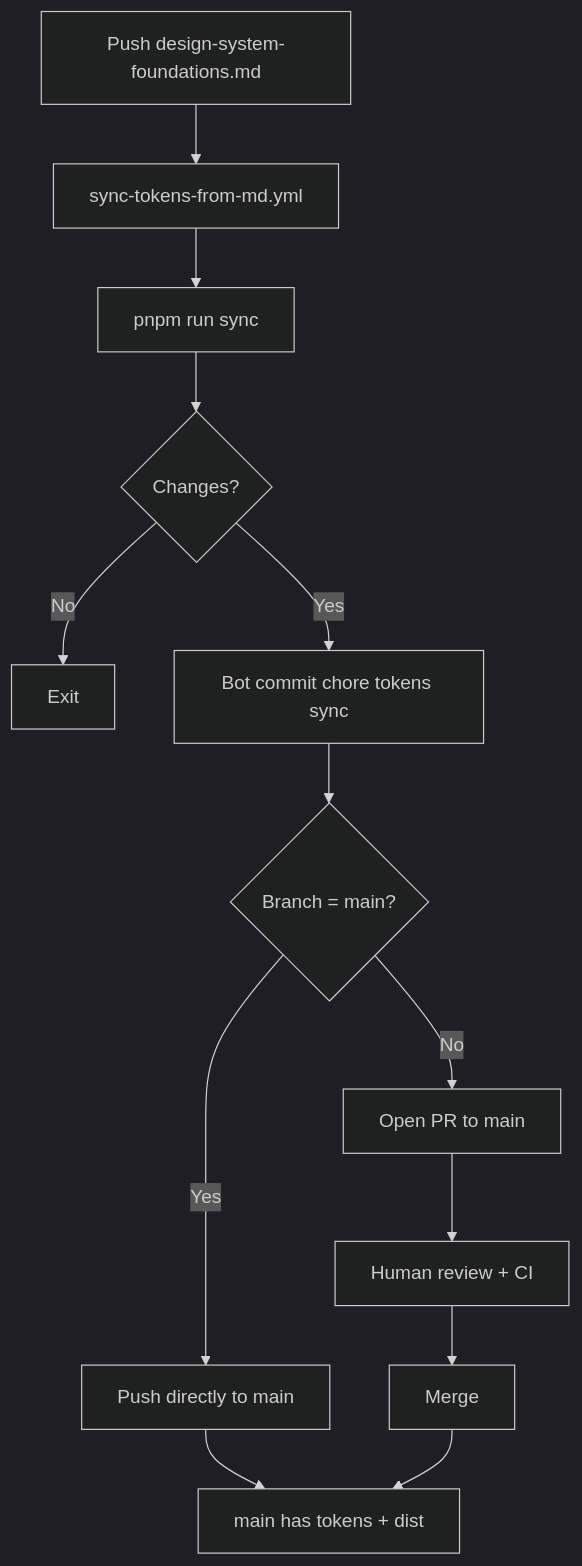
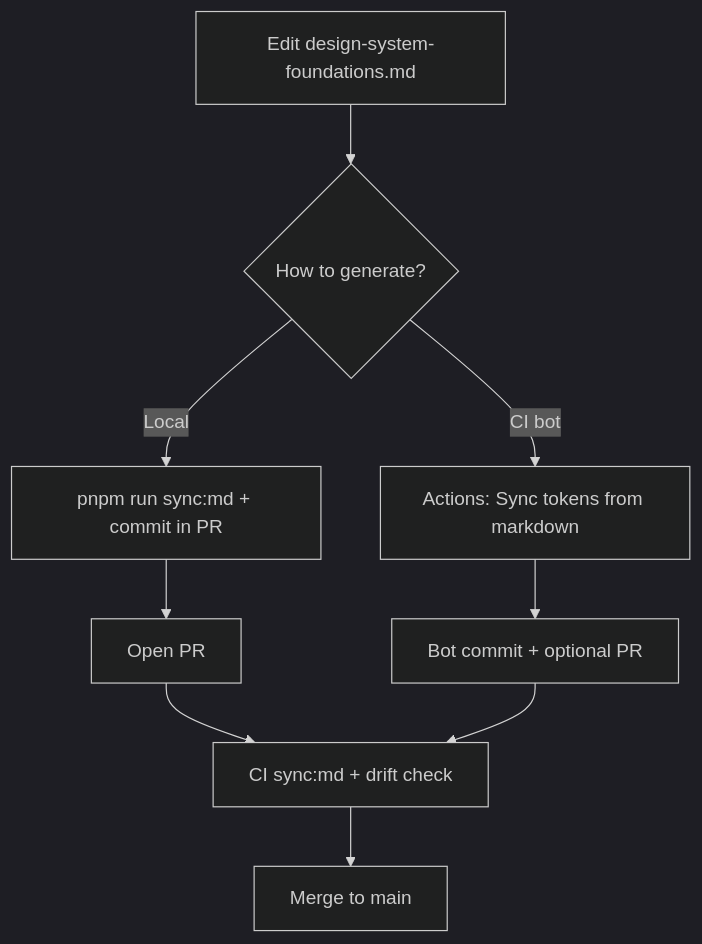
Before and after one commit to esteban505r/design-system: the diagram in docs/workflow-and-production.md, drawn with Mermaid (dark theme). The commit also changed other lines of this file and 16 other files, not shown here.

````diff
--- a/docs/workflow-and-production.md
+++ b/docs/workflow-and-production.md
@@ -197,15 +212,11 @@
 ```mermaid
 flowchart TD
-  A[Push design-system-foundations.md] --> B[sync-tokens-from-md.yml]
-  B --> C[pnpm run sync]
-  C --> D{Changes?}
-  D -->|No| E[Exit]
-  D -->|Yes| F[Bot commit chore tokens sync]
-  F --> G{Branch = main?}
-  G -->|No| H[Open PR to main]
-  G -->|Yes| I[Push directly to main]
-  H --> J[Human review + CI]
-  J --> K[Merge]
-  I --> L[main has tokens + dist]
-  K --> L
+  A[Edit design-system-foundations.md] --> B{How to generate?}
+  B -->|Local| C[pnpm run sync:md + commit in PR]
+  B -->|CI bot| D[Actions: Sync tokens from markdown]
+  C --> E[Open PR]
+  D --> F[Bot commit + optional PR]
+  E --> G[CI sync:md + drift check]
+  F --> G
+  G --> H[Merge to main]
 ```
````
